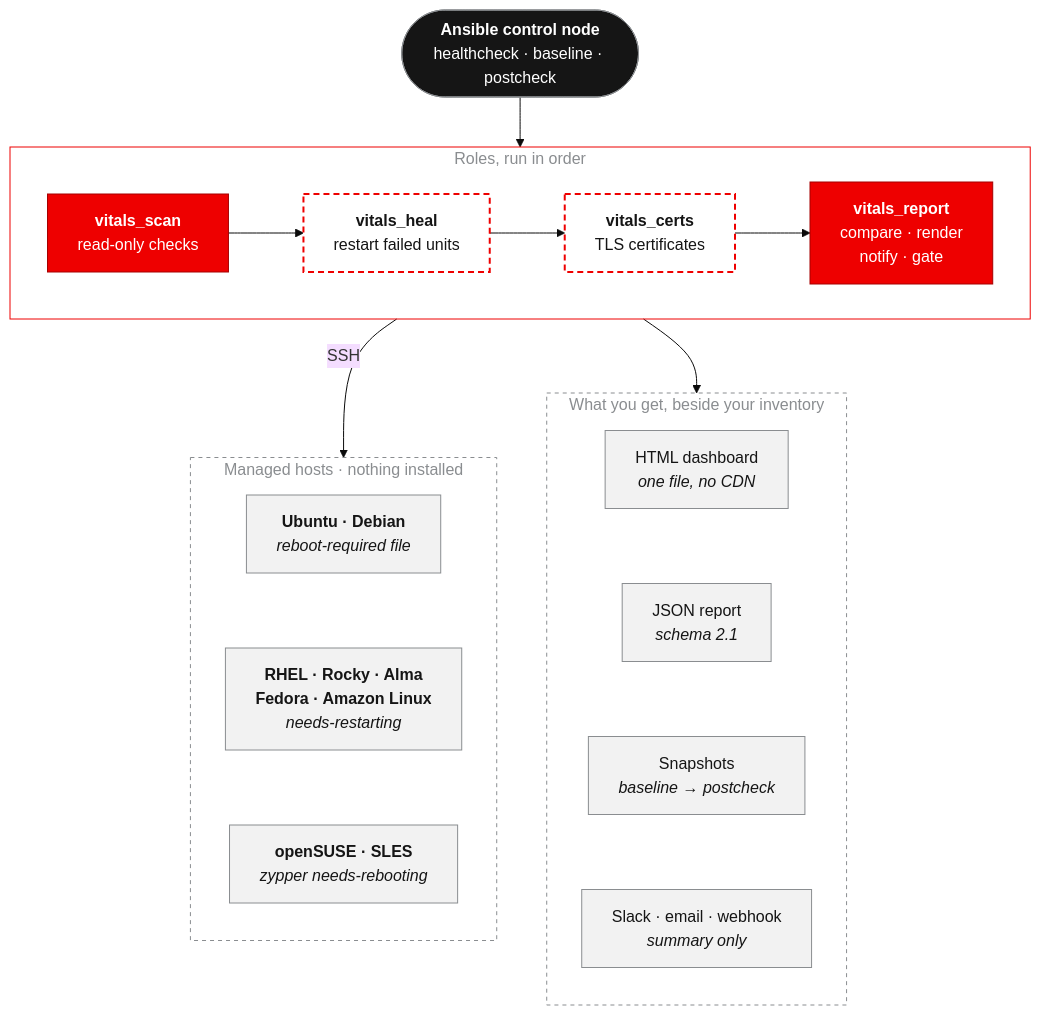
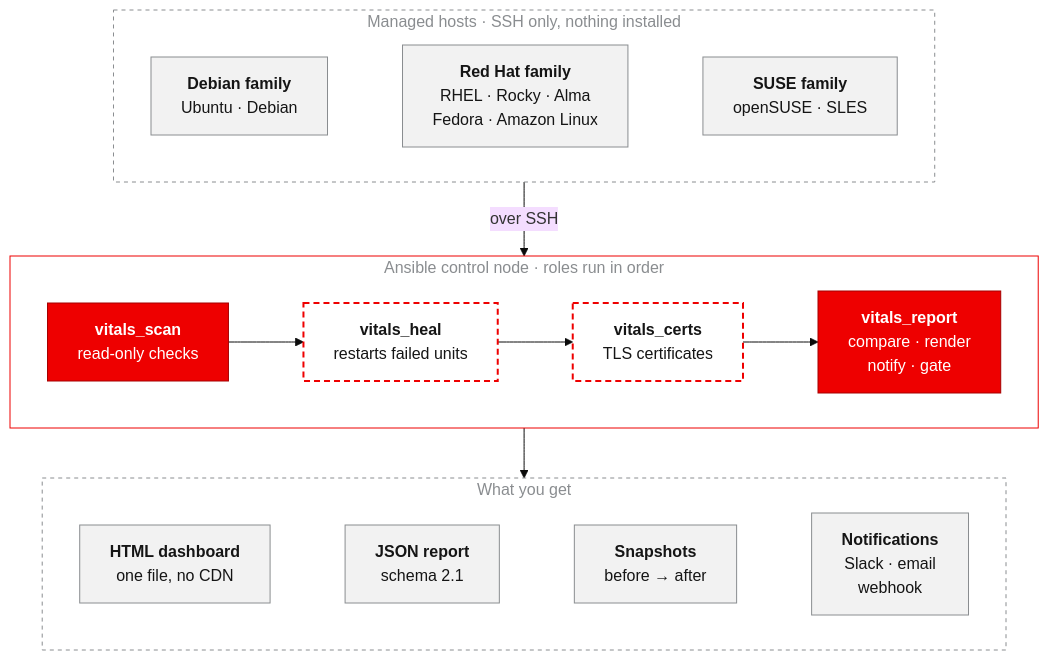
One commit to sameeralam3127/linux-vitals changed the diagram in README.md. Above: the diagram before and after it, drawn with Mermaid (base theme).

Commit message:
docs: lay the architecture diagram out as three rows

````diff
--- a/README.md
+++ b/README.md
@@ -321,46 +321,41 @@
 ```mermaid
 flowchart TB
-    CN(["<b>Ansible control node</b><br/>healthcheck · baseline · postcheck"])
+    subgraph FLEET["Managed hosts · SSH only, nothing installed"]
+        direction LR
+        DEB["<b>Debian family</b><br/>Ubuntu · Debian"]
+        RH["<b>Red Hat family</b><br/>RHEL · Rocky · Alma<br/>Fedora · Amazon Linux"]
+        SUSE["<b>SUSE family</b><br/>openSUSE · SLES"]
+        DEB ~~~ RH ~~~ SUSE
+    end
 
-    subgraph ROLES["Roles, run in order"]
+    subgraph ROLES["Ansible control node · roles run in order"]
         direction LR
         SCAN["<b>vitals_scan</b><br/>read-only checks"]
-        HEAL["<b>vitals_heal</b><br/>restart failed units"]
+        HEAL["<b>vitals_heal</b><br/>restarts failed units"]
         CERTS["<b>vitals_certs</b><br/>TLS certificates"]
         REPORT["<b>vitals_report</b><br/>compare · render<br/>notify · gate"]
         SCAN --> HEAL --> CERTS --> REPORT
     end
 
-    subgraph FLEET["Managed hosts · nothing installed"]
-        direction TB
-        DEB["<b>Ubuntu · Debian</b><br/><i>reboot-required file</i>"]
-        RH["<b>RHEL · Rocky · Alma</b><br/><b>Fedora · Amazon Linux</b><br/><i>needs-restarting</i>"]
-        SUSE["<b>openSUSE · SLES</b><br/><i>zypper needs-rebooting</i>"]
-        DEB ~~~ RH ~~~ SUSE
-    end
-
-    subgraph OUT["What you get, beside your inventory"]
-        direction TB
-        HTML["HTML dashboard<br/><i>one file, no CDN</i>"]
-        JSON["JSON report<br/><i>schema 2.1</i>"]
-        SNAP["Snapshots<br/><i>baseline → postcheck</i>"]
-        MSG["Slack · email · webhook<br/><i>summary only</i>"]
+    subgraph OUT["What you get"]
+        direction LR
+        HTML["<b>HTML dashboard</b><br/>one file, no CDN"]
+        JSON["<b>JSON report</b><br/>schema 2.1"]
+        SNAP["<b>Snapshots</b><br/>before → after"]
+        MSG["<b>Notifications</b><br/>Slack · email<br/>webhook"]
         HTML ~~~ JSON ~~~ SNAP ~~~ MSG
     end
 
-    CN --> ROLES
-    ROLES -->|"SSH"| FLEET
+    FLEET -->|"over SSH"| ROLES
     ROLES --> OUT
 
     classDef core fill:#ee0000,stroke:#a60000,color:#ffffff
     classDef optin fill:#ffffff,stroke:#ee0000,stroke-width:2px,stroke-dasharray:6 4,color:#151515
     classDef item fill:#f2f2f2,stroke:#8a8d90,color:#151515
-    classDef control fill:#151515,stroke:#8a8d90,color:#ffffff
     class SCAN,REPORT core
     class HEAL,CERTS optin
     class DEB,RH,SUSE,HTML,JSON,SNAP,MSG item
-    class CN control
     style ROLES fill:none,stroke:#ee0000,stroke-width:1px,color:#8a8d90
     style FLEET fill:none,stroke:#8a8d90,stroke-dasharray:4 4,color:#8a8d90
     style OUT fill:none,stroke:#8a8d90,stroke-dasharray:4 4,color:#8a8d90
 ```
````
